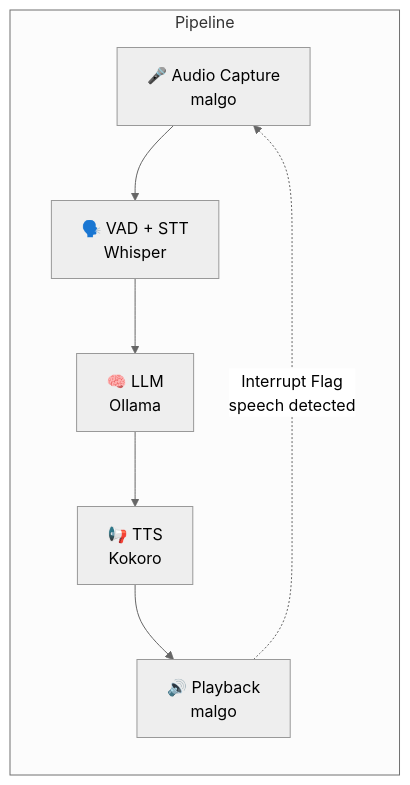
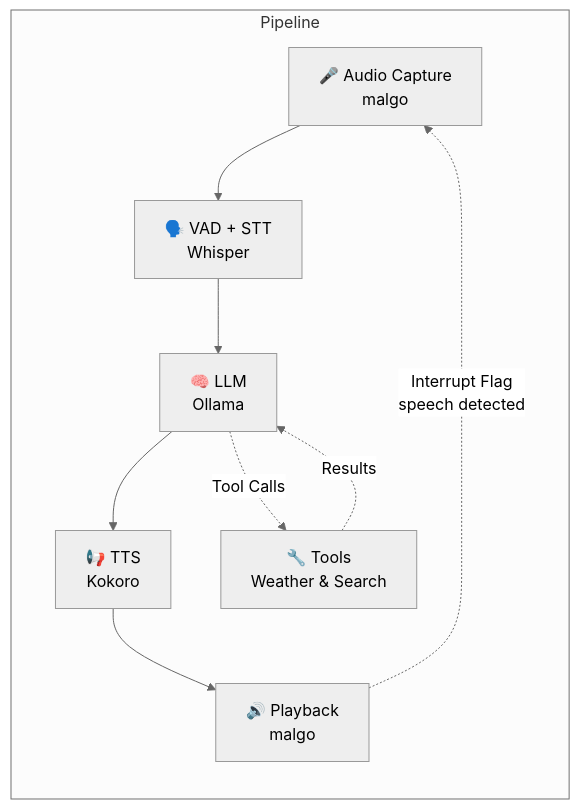
One commit to agalue/sherpa-voice-assistant changed the diagram in README.md. Above: the diagram before and after it, drawn with Mermaid (neutral theme). The commit also changed other lines of this file and 28 other files, not shown here.

First line of the commit message:
Add agentic tool calling with weather and web search (#7)

````diff
--- a/README.md
+++ b/README.md
@@ -58,11 +61,13 @@
 ```mermaid
 flowchart LR
     subgraph Pipeline
         A[🎤 Audio Capture<br/>malgo] --> B[🗣️ VAD + STT<br/>Whisper]
         B --> C[🧠 LLM<br/>Ollama]
         C --> D[📢 TTS<br/>Kokoro]
         D --> E[🔊 Playback<br/>malgo]
+        C -.->|Tool Calls| F[🔧 Tools<br/>Weather & Search]
+        F -.->|Results| C
     end
     
     E -.->|Interrupt Flag<br/>speech detected| A
 ```
````
